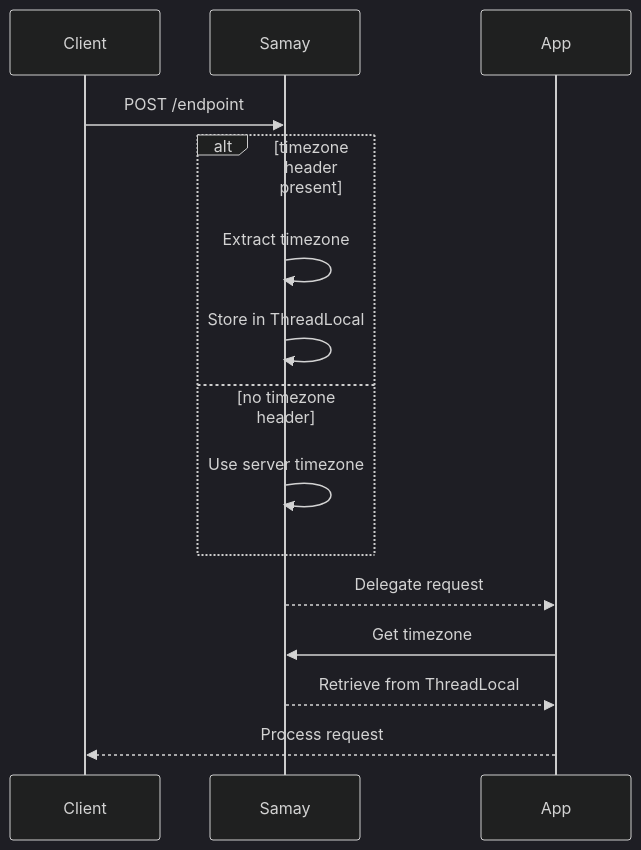
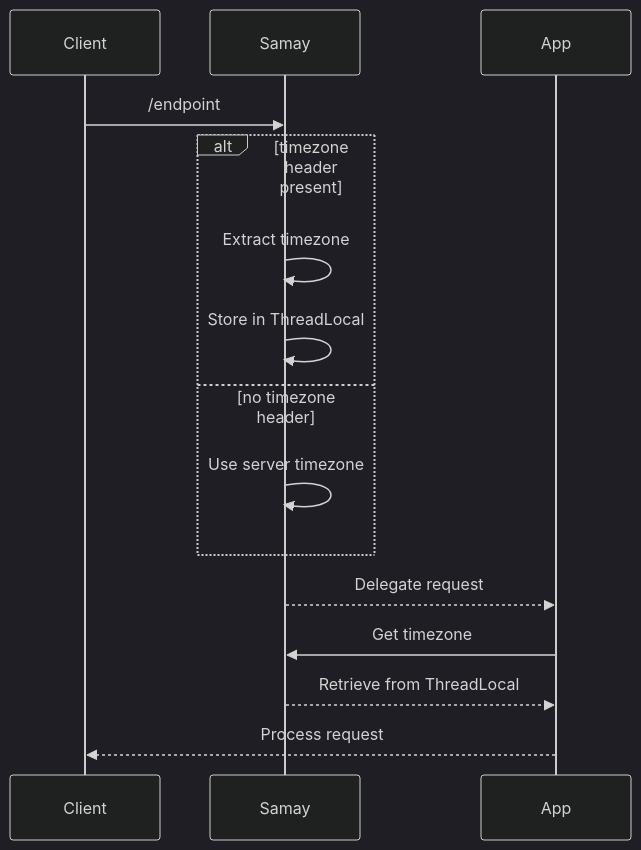
The diagram in Samay docs/topics/Samay-request-processing-flow.md (DineshSolanki/Samay), drawn with Mermaid (dark theme) before and after one commit. The commit also changed 3 other files, not shown here.

````diff
--- a/Samay docs/topics/Samay-request-processing-flow.md
+++ b/Samay docs/topics/Samay-request-processing-flow.md
@@ -3,21 +3,21 @@
 ```mermaid
 sequenceDiagram
     participant Client
     participant Samay
     participant App
 
-    Client->>Samay: POST /endpoint
+    Client->>Samay: /endpoint
     alt timezone header present
         Samay->>Samay: Extract timezone
         Samay->>Samay: Store in ThreadLocal
     else no timezone header
         Samay->>Samay: Use server timezone
     end
 
     Samay-->>App: Delegate request
 
     App->>Samay: Get timezone
     Samay-->>App: Retrieve from ThreadLocal
 
     App-->>Client: Process request
 ```
````
